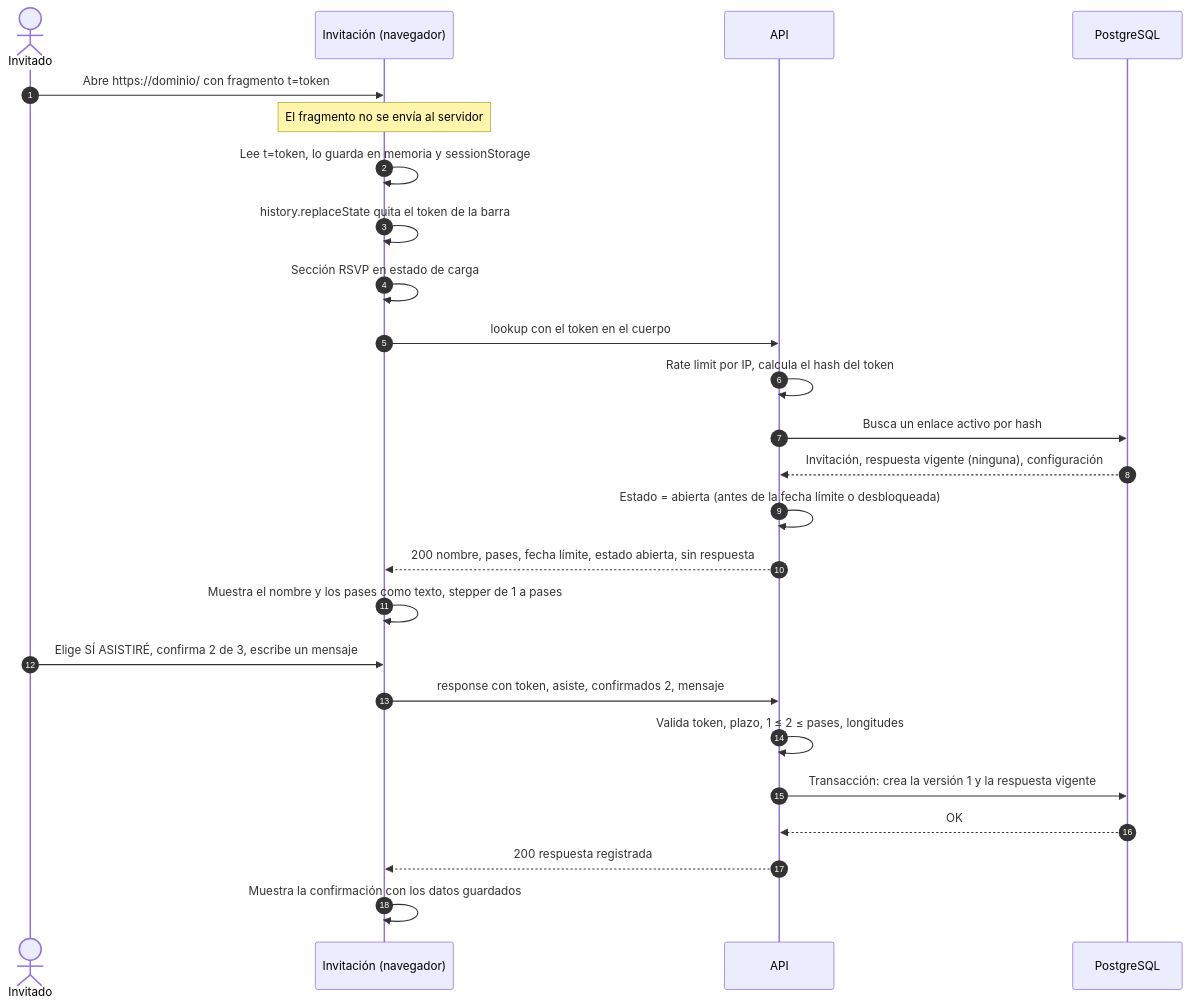
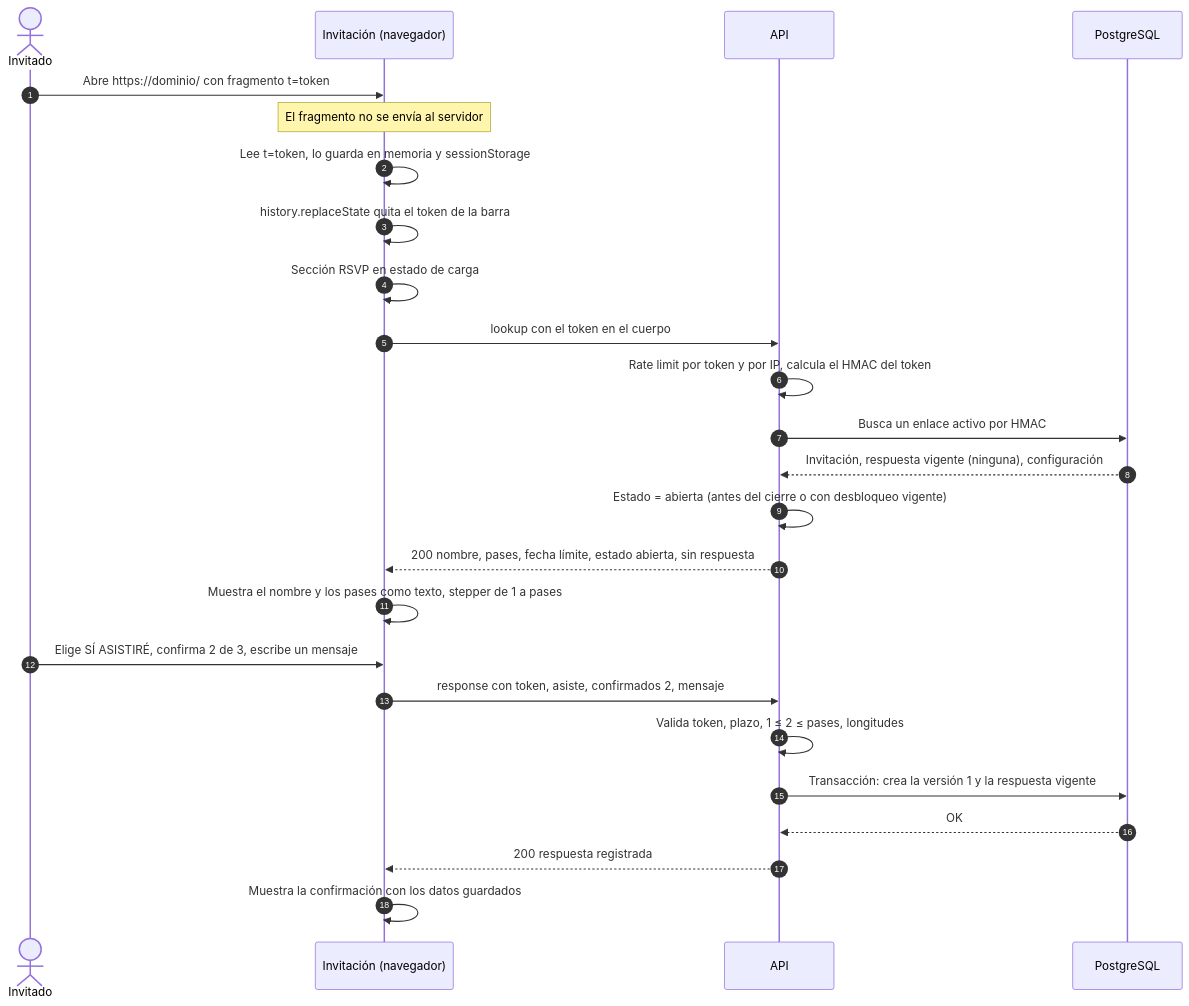
Before and after one commit to Mayra-ux/ma-wedding: the first of 4 diagrams in docs/architecture/03-flujos-invitado.md, drawn with Mermaid. The commit also changed other lines of this file and 26 other files, not shown here.

````diff
--- a/docs/architecture/03-flujos-invitado.md
+++ b/docs/architecture/03-flujos-invitado.md
@@ -10,28 +10,28 @@
 ```mermaid
 sequenceDiagram
   autonumber
   actor G as Invitado
   participant W as Invitación (navegador)
   participant A as API
   participant D as PostgreSQL
 
   G->>W: Abre https://dominio/ con fragmento t=token
   Note over W: El fragmento no se envía al servidor
   W->>W: Lee t=token, lo guarda en memoria y sessionStorage
   W->>W: history.replaceState quita el token de la barra
   W->>W: Sección RSVP en estado de carga
   W->>A: lookup con el token en el cuerpo
-  A->>A: Rate limit por IP, calcula el hash del token
-  A->>D: Busca un enlace activo por hash
+  A->>A: Rate limit por token y por IP, calcula el HMAC del token
+  A->>D: Busca un enlace activo por HMAC
   D-->>A: Invitación, respuesta vigente (ninguna), configuración
-  A->>A: Estado = abierta (antes de la fecha límite o desbloqueada)
+  A->>A: Estado = abierta (antes del cierre o con desbloqueo vigente)
   A-->>W: 200 nombre, pases, fecha límite, estado abierta, sin respuesta
   W->>W: Muestra el nombre y los pases como texto, stepper de 1 a pases
   G->>W: Elige SÍ ASISTIRÉ, confirma 2 de 3, escribe un mensaje
   W->>A: response con token, asiste, confirmados 2, mensaje
   A->>A: Valida token, plazo, 1 ≤ 2 ≤ pases, longitudes
   A->>D: Transacción: crea la versión 1 y la respuesta vigente
   D-->>A: OK
   A-->>W: 200 respuesta registrada
   W->>W: Muestra la confirmación con los datos guardados
 ```
````
